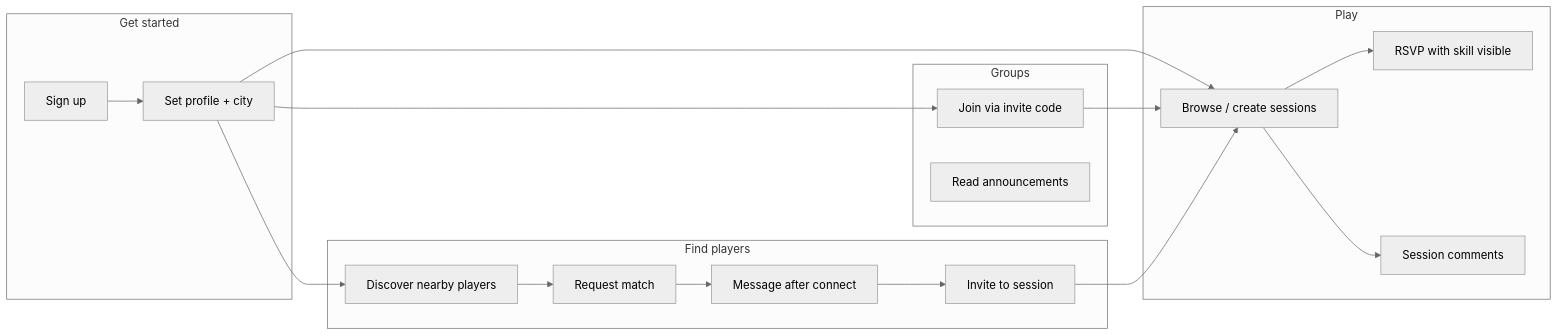
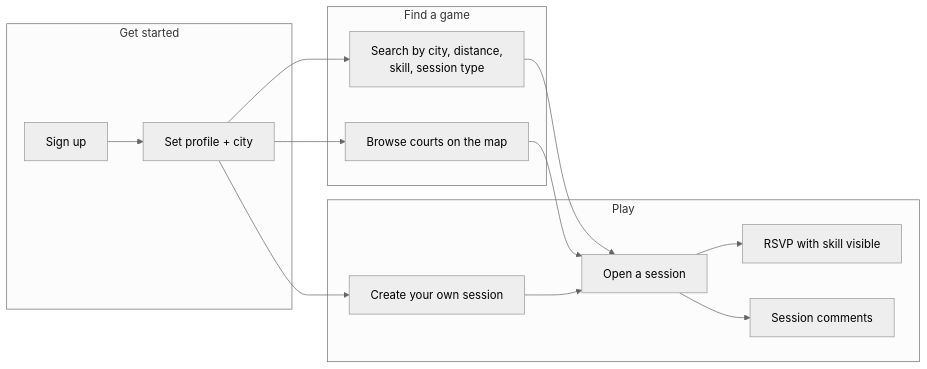
The second of 5 diagrams in docs/ARCHITECTURE.md (yunx14/PickleballCX), drawn with Mermaid (neutral theme) before and after one commit. The commit also changed other lines of this file and 61 other files, not shown here.

````diff
--- a/docs/ARCHITECTURE.md
+++ b/docs/ARCHITECTURE.md
@@ -67,34 +67,28 @@
 ```mermaid
 flowchart LR
   subgraph auth [Get started]
     SignUp[Sign up]
     Profile[Set profile + city]
   end
 
-  subgraph groups [Groups]
-    Join[Join via invite code]
-    Announce[Read announcements]
+  subgraph find [Find a game]
+    Search[Search by city, distance,<br/>skill, session type]
+    Map[Browse courts on the map]
   end
 
   subgraph play [Play]
-    Session[Browse / create sessions]
+    Session[Open a session]
     RSVP[RSVP with skill visible]
     Comments[Session comments]
-  end
-
-  subgraph discover [Find players]
-    Find[Discover nearby players]
-    Match[Request match]
-    Chat[Message after connect]
-    Invite[Invite to session]
+    Host[Create your own session]
   end
 
   SignUp --> Profile
-  Profile --> Join
-  Profile --> Session
-  Profile --> Find
-  Join --> Session
+  Profile --> Search
+  Profile --> Map
+  Search --> Session
+  Map --> Session
   Session --> RSVP
   Session --> Comments
-  Find --> Match --> Chat --> Invite --> Session
+  Profile --> Host --> Session
 ```
````
